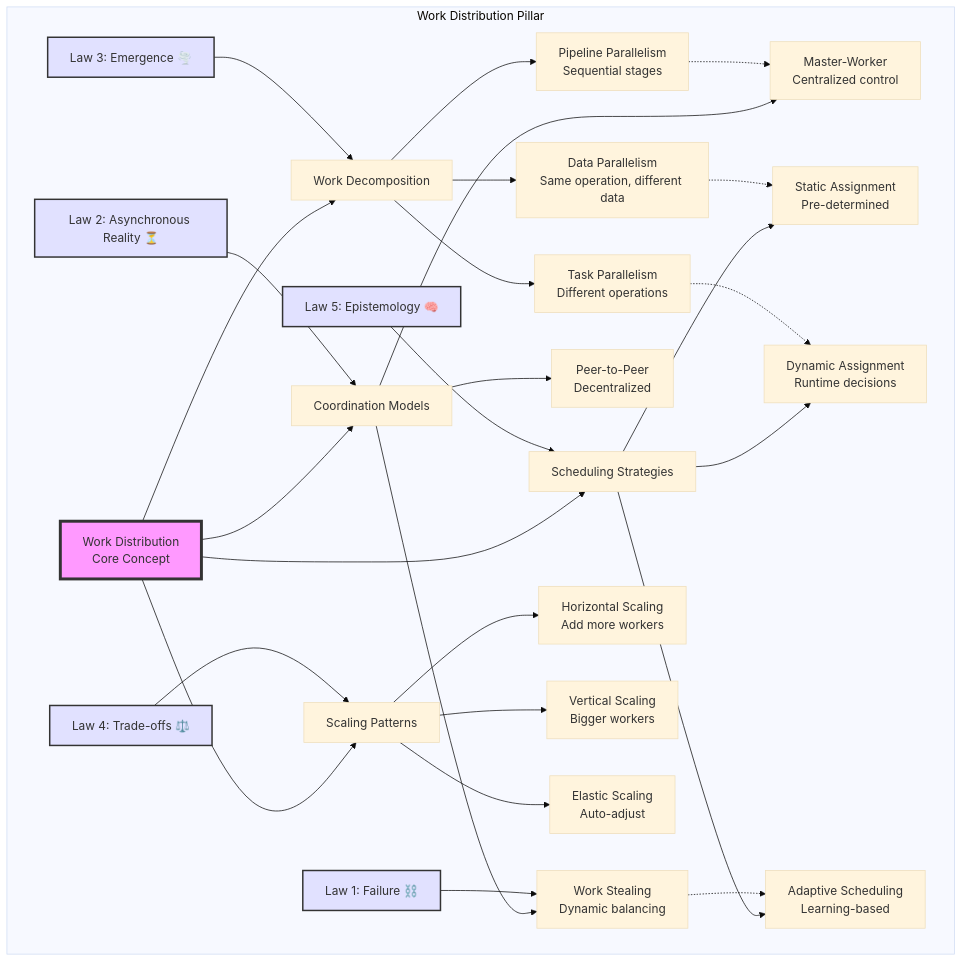
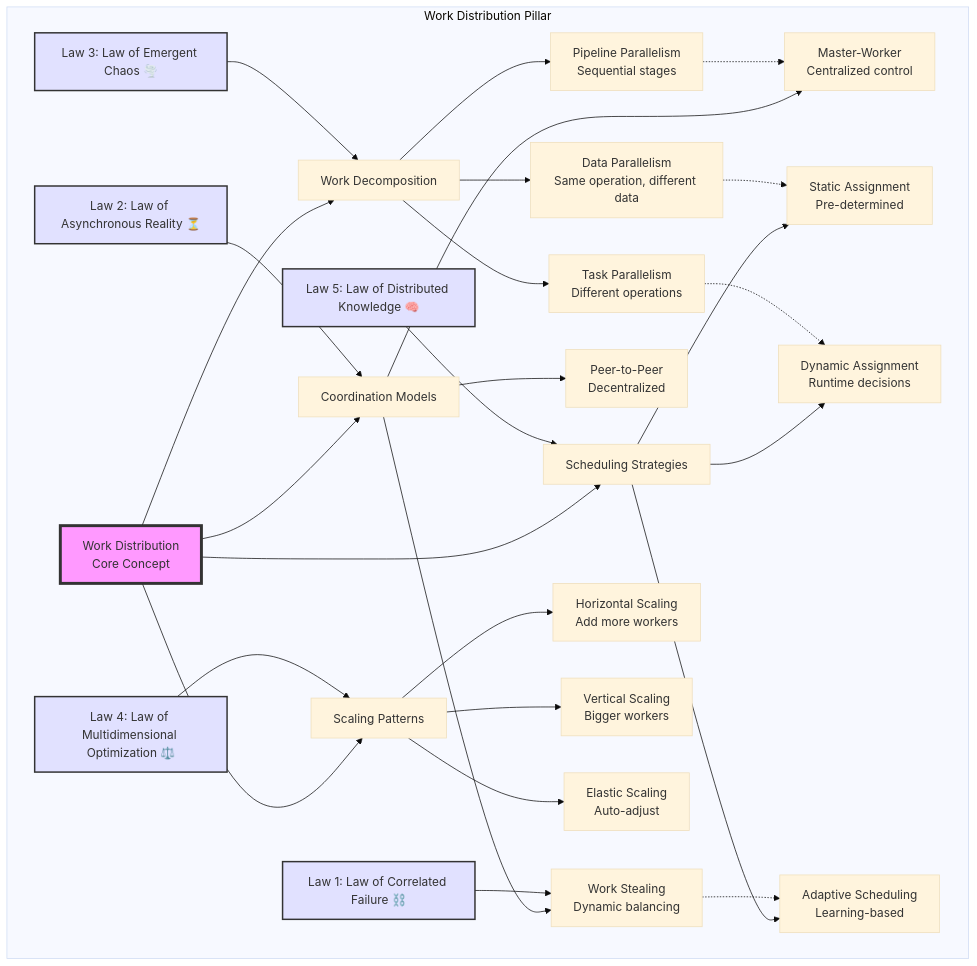
Before and after one commit to deepaucksharma/DStudio: the first of 28 diagrams in docs/part2-pillars/work/index.md, drawn with Mermaid (base theme). The commit also changed other lines of this file and 176 other files, not shown here.

````diff
--- a/docs/part2-pillars/work/index.md
+++ b/docs/part2-pillars/work/index.md
@@ -97,51 +97,51 @@
 ```mermaid
 graph TB
     subgraph "Work Distribution Pillar"
         Core[Work Distribution<br/>Core Concept]
 
         Core --> Decomp[Work Decomposition]
         Core --> Coord[Coordination Models]
         Core --> Sched[Scheduling Strategies]
         Core --> Scale[Scaling Patterns]
 
         %% Decomposition branch
         Decomp --> DataPar[Data Parallelism<br/>Same operation, different data]
         Decomp --> TaskPar[Task Parallelism<br/>Different operations]
         Decomp --> Pipeline[Pipeline Parallelism<br/>Sequential stages]
 
         %% Coordination branch
         Coord --> MasterWorker[Master-Worker<br/>Centralized control]
         Coord --> P2P[Peer-to-Peer<br/>Decentralized]
         Coord --> WorkSteal[Work Stealing<br/>Dynamic balancing]
 
         %% Scheduling branch
         Sched --> Static[Static Assignment<br/>Pre-determined]
         Sched --> Dynamic[Dynamic Assignment<br/>Runtime decisions]
         Sched --> Adaptive[Adaptive Scheduling<br/>Learning-based]
 
         %% Scaling branch
         Scale --> Horizontal[Horizontal Scaling<br/>Add more workers]
         Scale --> Vertical[Vertical Scaling<br/>Bigger workers]
         Scale --> Elastic[Elastic Scaling<br/>Auto-adjust]
 
         %% Key relationships
         DataPar -.-> Static
         TaskPar -.-> Dynamic
         Pipeline -.-> MasterWorker
         WorkSteal -.-> Adaptive
 
         %% Law connections
-        Law2[Law 2: Asynchronous Reality ⏳] --> Coord
-        Law4[Law 4: Trade-offs ⚖️] --> Scale
-        Law1[Law 1: Failure ⛓️] --> WorkSteal
-        Law3[Law 3: Emergence 🌪️] --> Decomp
-        Law5[Law 5: Epistemology 🧠] --> Sched
+        Law2[Law 2: Law of Asynchronous Reality ⏳] --> Coord
+        Law4[Law 4: Law of Multidimensional Optimization ⚖️] --> Scale
+        Law1[Law 1: Law of Correlated Failure ⛓️] --> WorkSteal
+        Law3[Law 3: Law of Emergent Chaos 🌪️] --> Decomp
+        Law5[Law 5: Law of Distributed Knowledge 🧠] --> Sched
     end
 
     style Core fill:#f9f,stroke:#333,stroke-width:4px
     style Law2 fill:#e1e1ff,stroke:#333,stroke-width:2px
     style Law4 fill:#e1e1ff,stroke:#333,stroke-width:2px
     style Law1 fill:#e1e1ff,stroke:#333,stroke-width:2px
     style Law3 fill:#e1e1ff,stroke:#333,stroke-width:2px
     style Law5 fill:#e1e1ff,stroke:#333,stroke-width:2px
 ```
````
